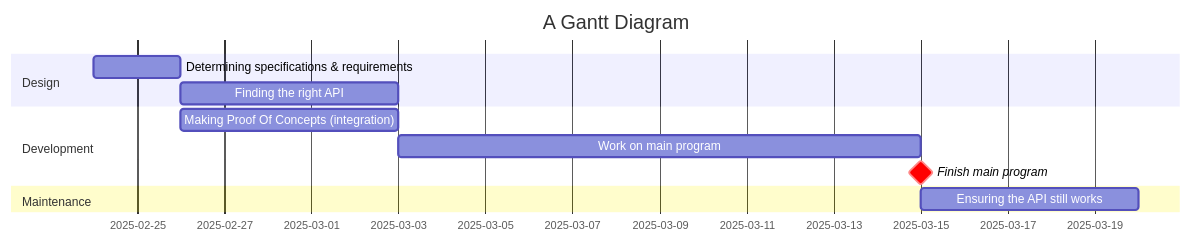
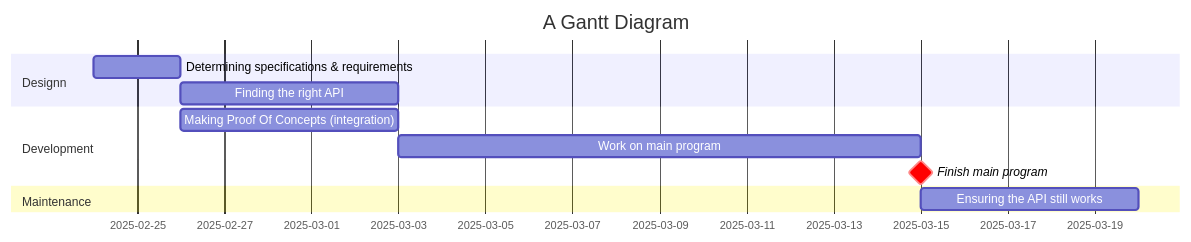
The diagram in theory/DEVELOPMENT.md (Tsunami014/3D-Map), drawn with Mermaid before and after one commit. The commit also changed other lines of this file, not shown here.

````diff
--- a/theory/DEVELOPMENT.md
+++ b/theory/DEVELOPMENT.md
@@ -22,14 +24,14 @@
 ```mermaid
 gantt
     title A Gantt Diagram
     dateFormat DD-MM-YY
-    section Design
+    section Designn
         Determining specifications & requirements   :24-02-25, 26-02-25
         Finding the right API        :26-02-25, 03-03-25
     section Development
         Making Proof Of Concepts (integration)    :26-02-25, 03-03-25
         Work on main program         :03-03-25, 15-03-25
         Finish main program          :milestone, crit, dne, 15-03-25, 0d
     section Maintenance
         Ensuring the API still works :after dne, 5d
 ```
````
